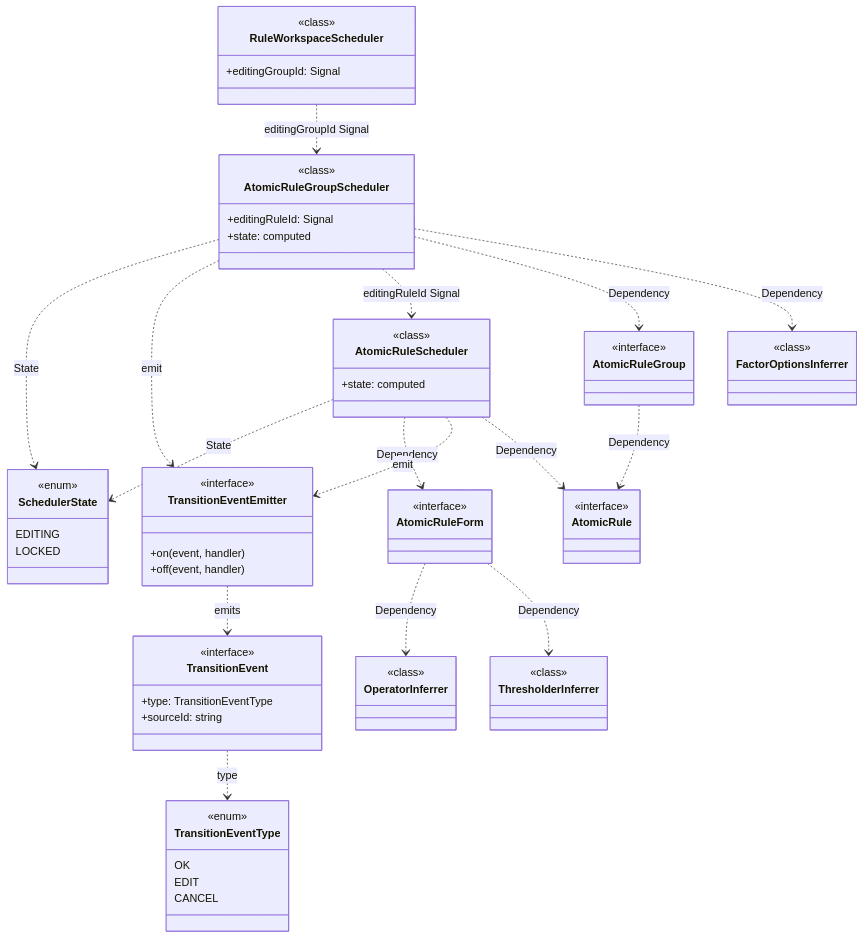
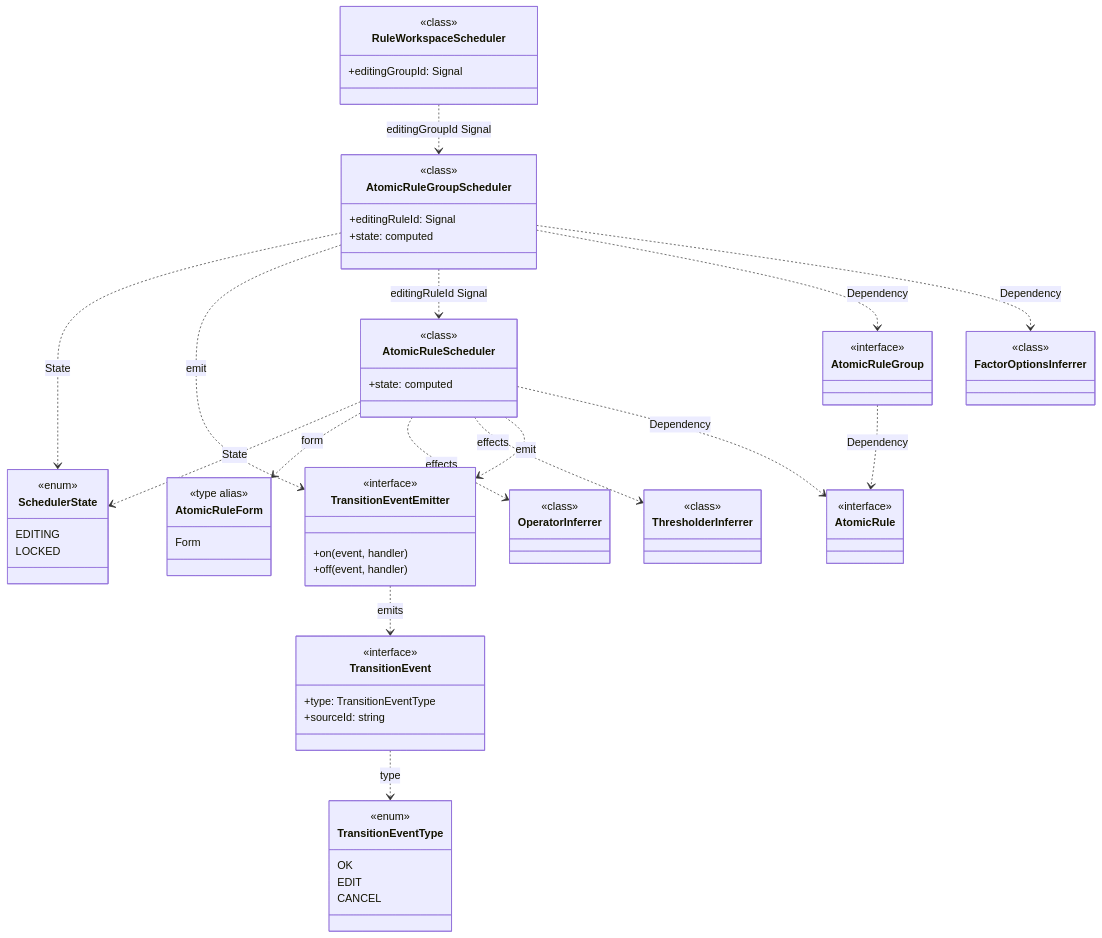
Before and after one commit to huang-xiao-jian/themis: the diagram in specs/core/spec.md, drawn with Mermaid. The commit also changed other lines of this file and 2 other files, not shown here.

First line of the commit message:
docs(core): introduce Formily as form solution in spec

````diff
--- a/specs/core/spec.md
+++ b/specs/core/spec.md
@@ -103,7 +105,8 @@
   }
 
   class AtomicRuleForm {
-    <<interface>>
+    <<type alias>>
+    Form
   }
 
   class OperatorInferrer {
@@ -126,7 +129,9 @@
   %% 状态依赖
   AtomicRuleScheduler ..> SchedulerState : State
   AtomicRuleGroupScheduler ..> SchedulerState : State
-  AtomicRuleScheduler ..> AtomicRuleForm : Dependency
+  AtomicRuleScheduler ..> AtomicRuleForm : form
+  AtomicRuleScheduler ..> OperatorInferrer : effects
+  AtomicRuleScheduler ..> ThresholderInferrer : effects
 
   %% 事件通道（上行）
   AtomicRuleScheduler ..> TransitionEventEmitter : emit
@@ -141,8 +146,6 @@
   %% 数据依赖
   AtomicRuleGroup ..> AtomicRule : Dependency
   AtomicRuleScheduler ..> AtomicRule : Dependency
-  AtomicRuleForm ..> OperatorInferrer : Dependency
-  AtomicRuleForm ..> ThresholderInferrer : Dependency
   AtomicRuleGroupScheduler ..> AtomicRuleGroup : Dependency
   AtomicRuleGroupScheduler ..> FactorOptionsInferrer : Dependency
 ```
````
